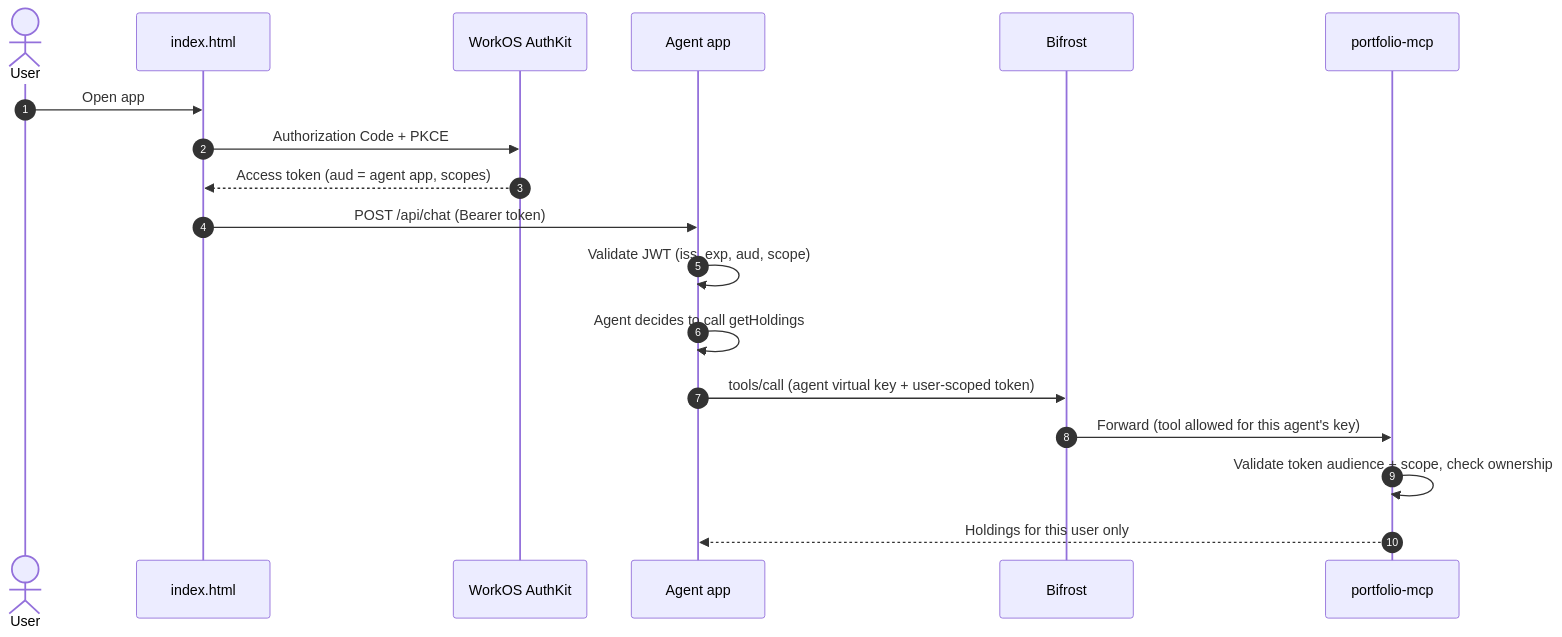
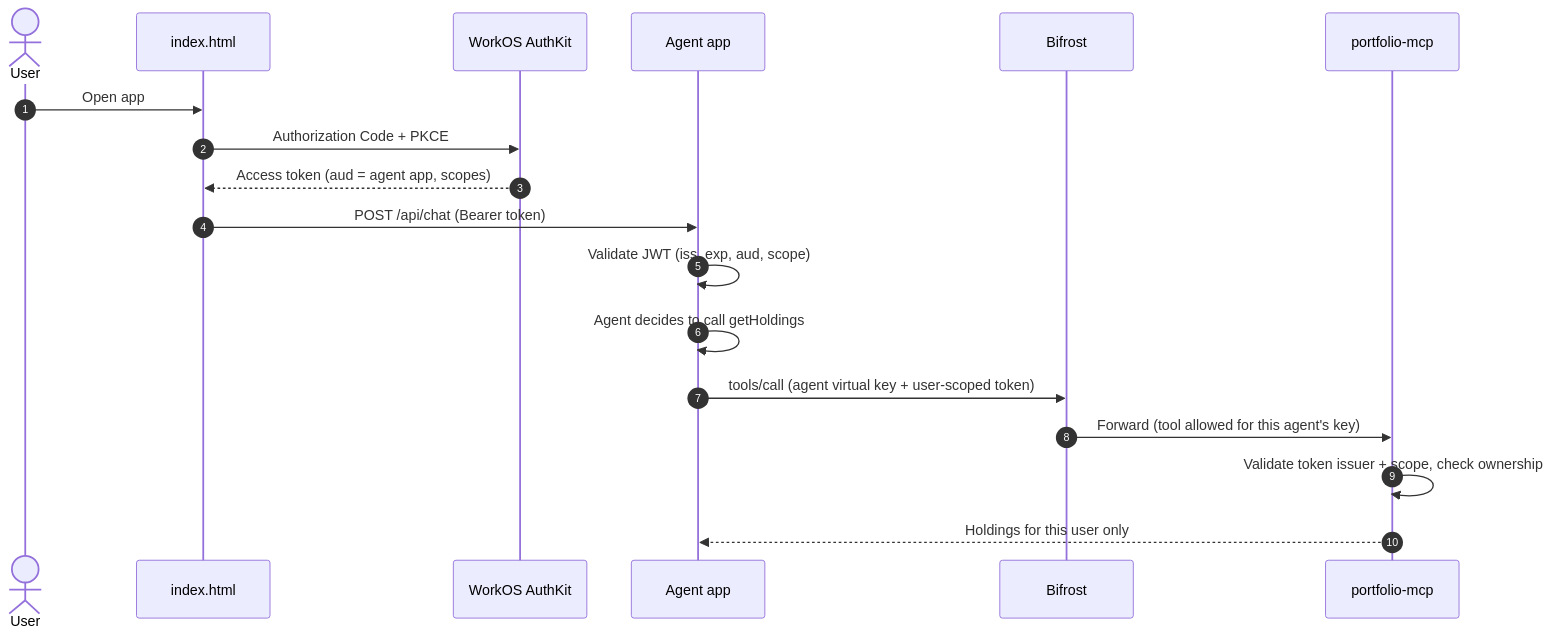
The third of 4 diagrams in docs/requirements/stock-research-agent-spec.md (sri-chalam/stock-research-agent), drawn with Mermaid before and after one commit. The commit also changed other lines of this file and 14 other files, not shown here.

Commit message:
Add WorkOS AuthKit setup: Bruno collection with PKCE sign-in, demo-user sub env keys, and the token finding (no aud claim, permissions claim) that drops the audience check

````diff
--- a/docs/requirements/stock-research-agent-spec.md
+++ b/docs/requirements/stock-research-agent-spec.md
@@ -319,21 +319,21 @@
 ```mermaid
 sequenceDiagram
     autonumber
     actor U as User
     participant SPA as index.html
     participant WOS as WorkOS AuthKit
     participant APP as Agent app
     participant BF as Bifrost
     participant PMCP as portfolio-mcp
 
     U->>SPA: Open app
     SPA->>WOS: Authorization Code + PKCE
     WOS-->>SPA: Access token (aud = agent app, scopes)
     SPA->>APP: POST /api/chat (Bearer token)
     APP->>APP: Validate JWT (iss, exp, aud, scope)
     APP->>APP: Agent decides to call getHoldings
     APP->>BF: tools/call (agent virtual key + user-scoped token)
     BF->>PMCP: Forward (tool allowed for this agent's key)
-    PMCP->>PMCP: Validate token audience + scope, check ownership
+    PMCP->>PMCP: Validate token issuer + scope, check ownership
     PMCP-->>APP: Holdings for this user only
 ```
````
